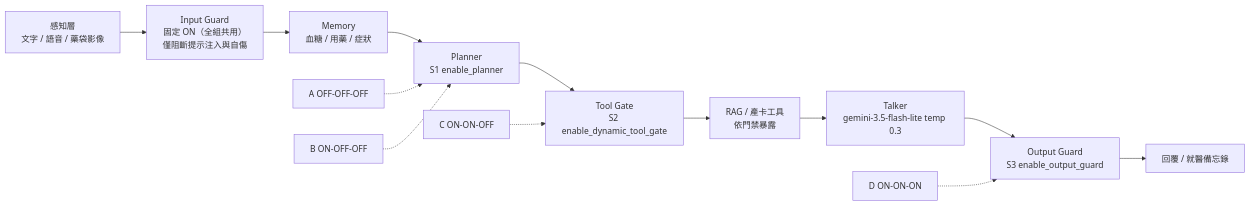
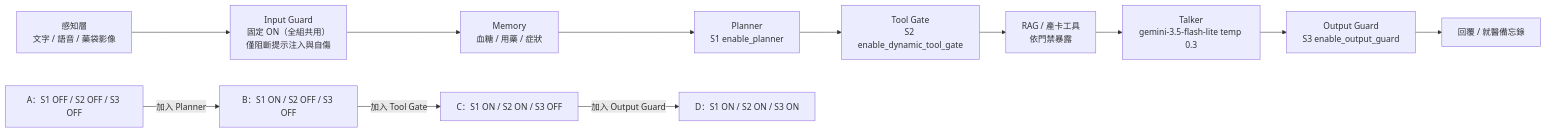
The diagram in llm_ablation_paper/writing_tasks/drafts/writer_2_system_ablation_method.md (Dolly0625/diabetes-education-llm-ablation), drawn with Mermaid before and after one commit. The commit also changed other lines of this file, not shown here.

Commit message:
docs(paper): tighten Writer 2 claim boundaries

````diff
--- a/llm_ablation_paper/writing_tasks/drafts/writer_2_system_ablation_method.md
+++ b/llm_ablation_paper/writing_tasks/drafts/writer_2_system_ablation_method.md
@@ -50,16 +50,15 @@
 ```mermaid
 flowchart LR
     P["感知層<br/>文字 / 語音 / 藥袋影像"] --> IG["Input Guard<br/>固定 ON（全組共用）<br/>僅阻斷提示注入與自傷"]
     IG --> MEM["Memory<br/>血糖 / 用藥 / 症狀"]
     MEM --> PL["Planner<br/>S1 enable_planner"]
     PL --> TG["Tool Gate<br/>S2 enable_dynamic_tool_gate"]
     TG --> RAG["RAG / 產卡工具<br/>依門禁暴露"]
     RAG --> TK["Talker<br/>gemini-3.5-flash-lite temp 0.3"]
     TK --> OG["Output Guard<br/>S3 enable_output_guard"]
     OG --> OUT["回覆 / 就醫備忘錄"]
 
-    A["A OFF-OFF-OFF"] -.-> PL
-    B["B ON-OFF-OFF"] -.-> PL
-    C["C ON-ON-OFF"] -.-> TG
-    D["D ON-ON-ON"] -.-> OG
+    A["A：S1 OFF / S2 OFF / S3 OFF"] -->|加入 Planner| B["B：S1 ON / S2 OFF / S3 OFF"]
+    B -->|加入 Tool Gate| C["C：S1 ON / S2 ON / S3 OFF"]
+    C -->|加入 Output Guard| D["D：S1 ON / S2 ON / S3 ON"]
 ```
````
